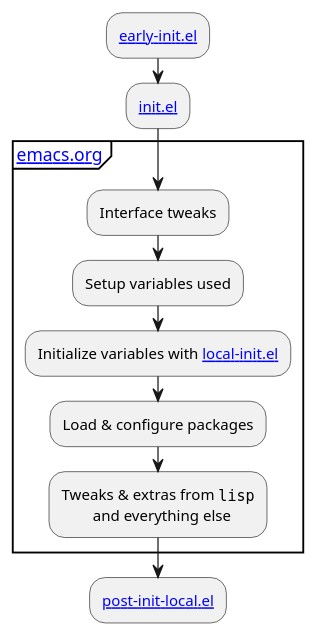
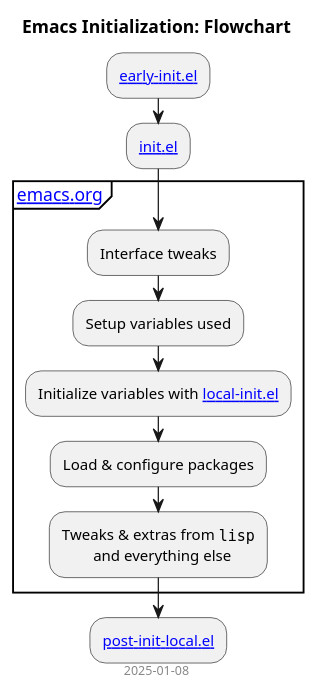
One commit to xshyamx/.emacs.d changed the diagram in doc/img/flowchart.plantuml. Above: the diagram before and after it, drawn with PlantUML. The commit also changed 5 other files, not shown here.

```diff
--- a/doc/img/flowchart.plantuml
+++ b/doc/img/flowchart.plantuml
@@ -1,15 +1,17 @@
 @startuml
 ' flowchart
+title Emacs Initialization: Flowchart
+footer 2025-01-08
 skinparam defaultTextAlignment center
 :[[early-init.el]];
 :[[init.el]];
 partition "[[emacs.org]]" {
   :Interface tweaks;
   :Setup variables used;
   :Initialize variables with [[local-init.el]];
   :Load & configure packages;
   :Tweaks & extras from ""lisp""
     and everything else;
 }
 :[[post-init-local.el]];
 @enduml
```
